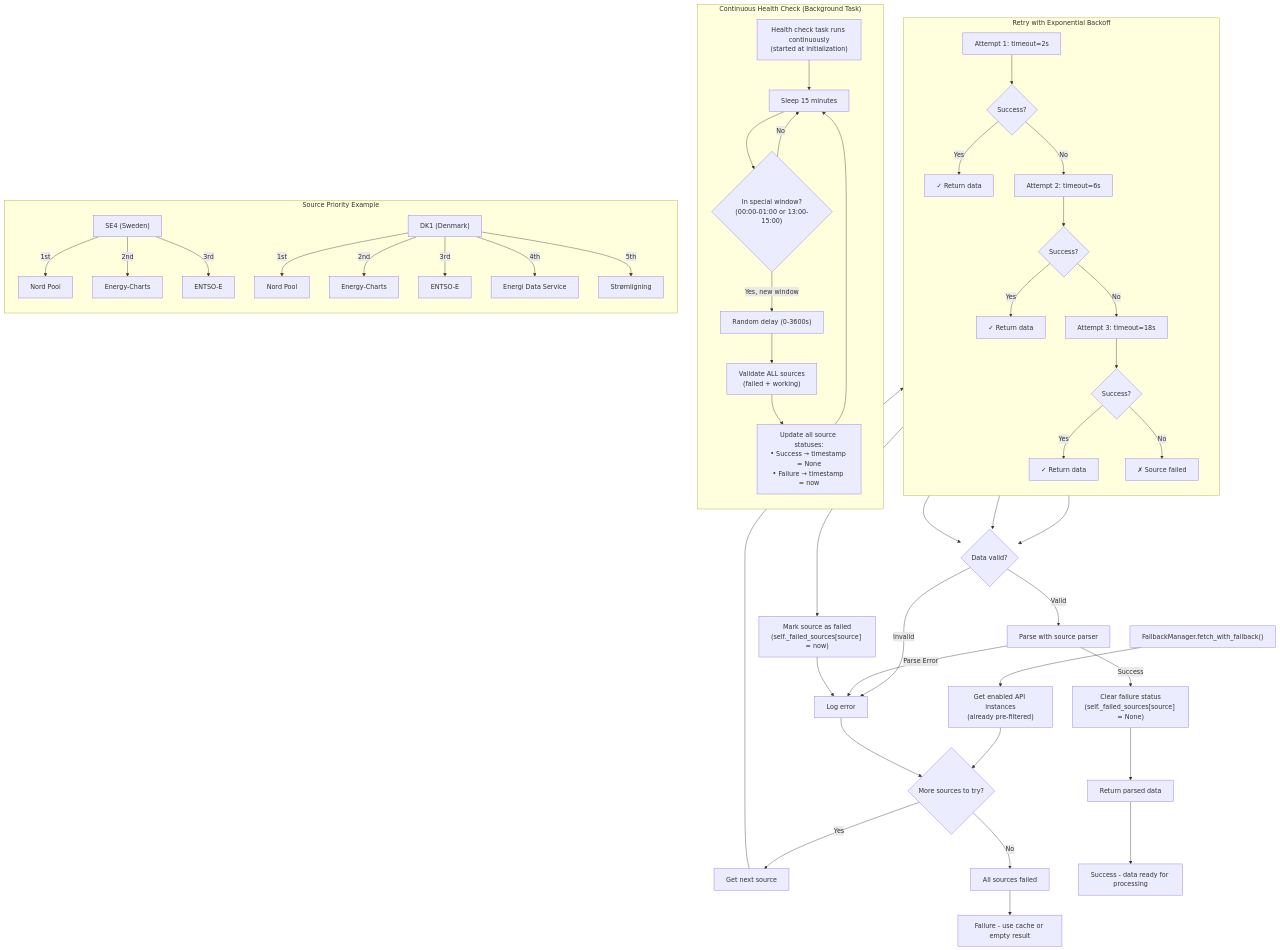
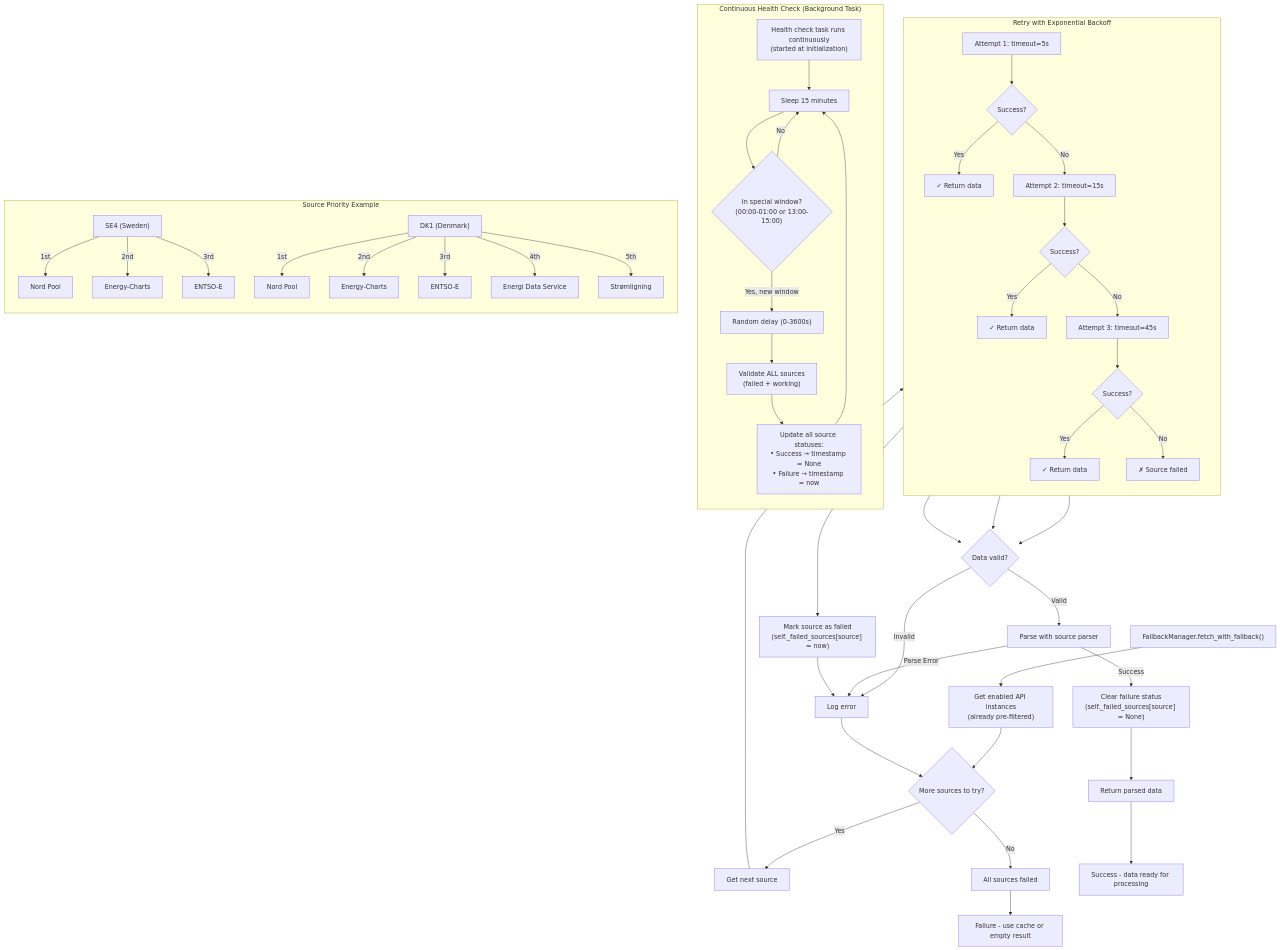
Before and after one commit to enoch85/ge-spot: the fourth of 4 diagrams in README.md, drawn with Mermaid. The commit also changed other lines of this file and 31 other files, not shown here.

````diff
--- a/README.md
+++ b/README.md
@@ -825,67 +825,67 @@
 ```mermaid
 flowchart TD
     FallbackStart["FallbackManager.fetch_with_fallback()"] --> GetSources["Get enabled API instances<br/>(already pre-filtered)"]
     GetSources --> SourceLoop{"More sources to try?"}
     
     SourceLoop --> |"Yes"| NextSource["Get next source"]
     SourceLoop --> |"No"| FallbackFail["All sources failed"]
     
     NextSource --> RetryLoop["Exponential Backoff Retry Loop"]
     
     subgraph RetryLoop["Retry with Exponential Backoff"]
         direction TB
-        Try1["Attempt 1: timeout=2s"] --> Check1{"Success?"}
+        Try1["Attempt 1: timeout=5s"] --> Check1{"Success?"}
         Check1 --> |"Yes"| Success1["✓ Return data"]
-        Check1 --> |"No"| Try2["Attempt 2: timeout=6s"]
+        Check1 --> |"No"| Try2["Attempt 2: timeout=15s"]
         Try2 --> Check2{"Success?"}
         Check2 --> |"Yes"| Success2["✓ Return data"]
-        Check2 --> |"No"| Try3["Attempt 3: timeout=18s"]
+        Check2 --> |"No"| Try3["Attempt 3: timeout=45s"]
         Try3 --> Check3{"Success?"}
         Check3 --> |"Yes"| Success3["✓ Return data"]
         Check3 --> |"No"| Failed["✗ Source failed"]
     end
     
     Success1 --> ValidateData{"Data valid?"}
     Success2 --> ValidateData
     Success3 --> ValidateData
     
     ValidateData --> |"Valid"| ParseData["Parse with source parser"]
     ValidateData --> |"Invalid"| LogError["Log error"]
     
     ParseData --> |"Success"| MarkWorking["Clear failure status<br/>(self._failed_sources[source] = None)"]
     ParseData --> |"Parse Error"| LogError
     
     MarkWorking --> FallbackSuccess["Return parsed data"]
     
     Failed --> MarkFailed["Mark source as failed<br/>(self._failed_sources[source] = now)"]
     MarkFailed --> LogError
     
     LogError --> SourceLoop
     
     FallbackSuccess --> End["Success - data ready for processing"]
     FallbackFail --> End2["Failure - use cache or empty result"]
     
     subgraph HealthCheckValidation["Continuous Health Check (Background Task)"]
         direction TB
         BGTask["Health check task runs continuously<br/>(started at initialization)"] --> Sleep["Sleep 15 minutes"]
         Sleep --> WindowCheck{"In special window?<br/>(00:00-01:00 or 13:00-15:00)"}
         WindowCheck --> |"No"| Sleep
         WindowCheck --> |"Yes, new window"| RandomDelay["Random delay (0-3600s)"]
         RandomDelay --> ValidateAllSources["Validate ALL sources<br/>(failed + working)"]
         ValidateAllSources --> UpdateStatuses["Update all source statuses:<br/>• Success → timestamp = None<br/>• Failure → timestamp = now"]
         UpdateStatuses --> Sleep
     end
     
     subgraph SourcePriority["Source Priority Example"]
         direction TB
         SE4["SE4 (Sweden)"] --> |"1st"| Nordpool["Nord Pool"]
         SE4 --> |"2nd"| EnergyCharts["Energy-Charts"]
         SE4 --> |"3rd"| ENTSOE["ENTSO-E"]
         
         DK1["DK1 (Denmark)"] --> |"1st"| NordpoolDK["Nord Pool"]
         DK1 --> |"2nd"| EnergyChartsDK["Energy-Charts"]
         DK1 --> |"3rd"| ENTSODK["ENTSO-E"] 
         DK1 --> |"4th"| EnergiData["Energi Data Service"]
         DK1 --> |"5th"| Stromligning["Strømligning"]
     end
 ```
````
